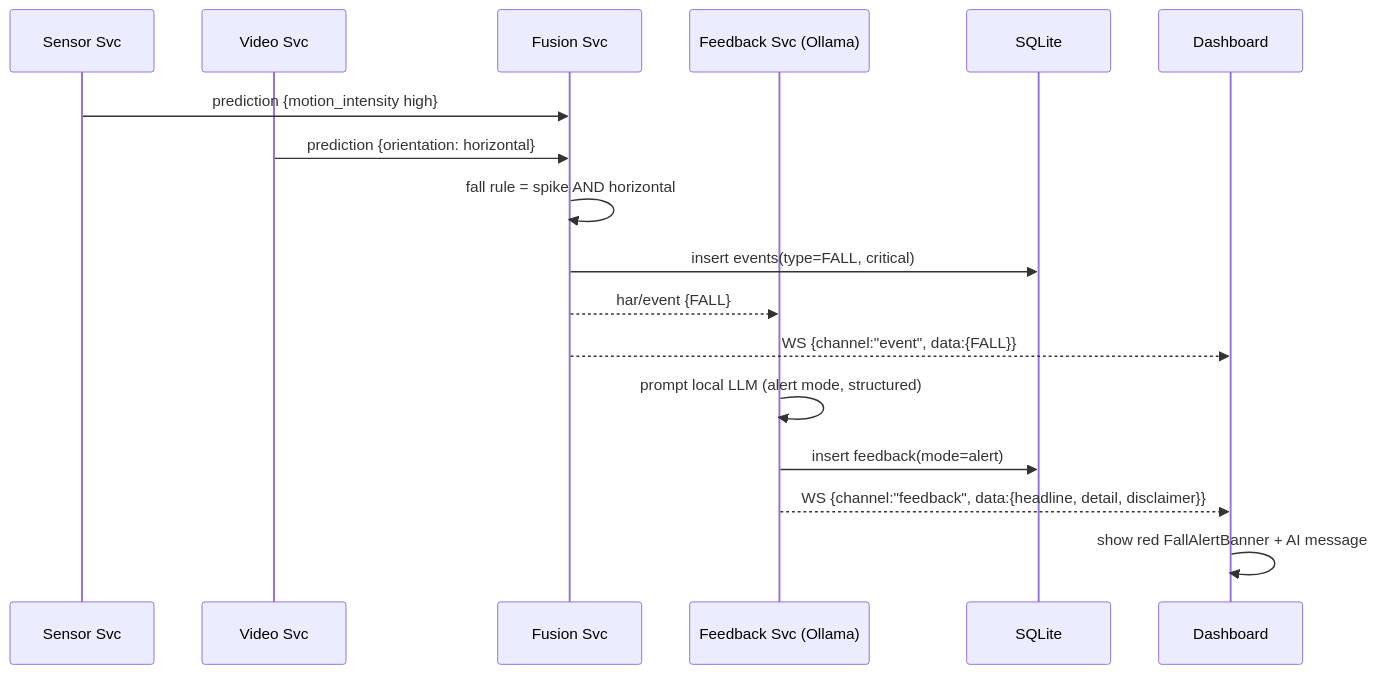
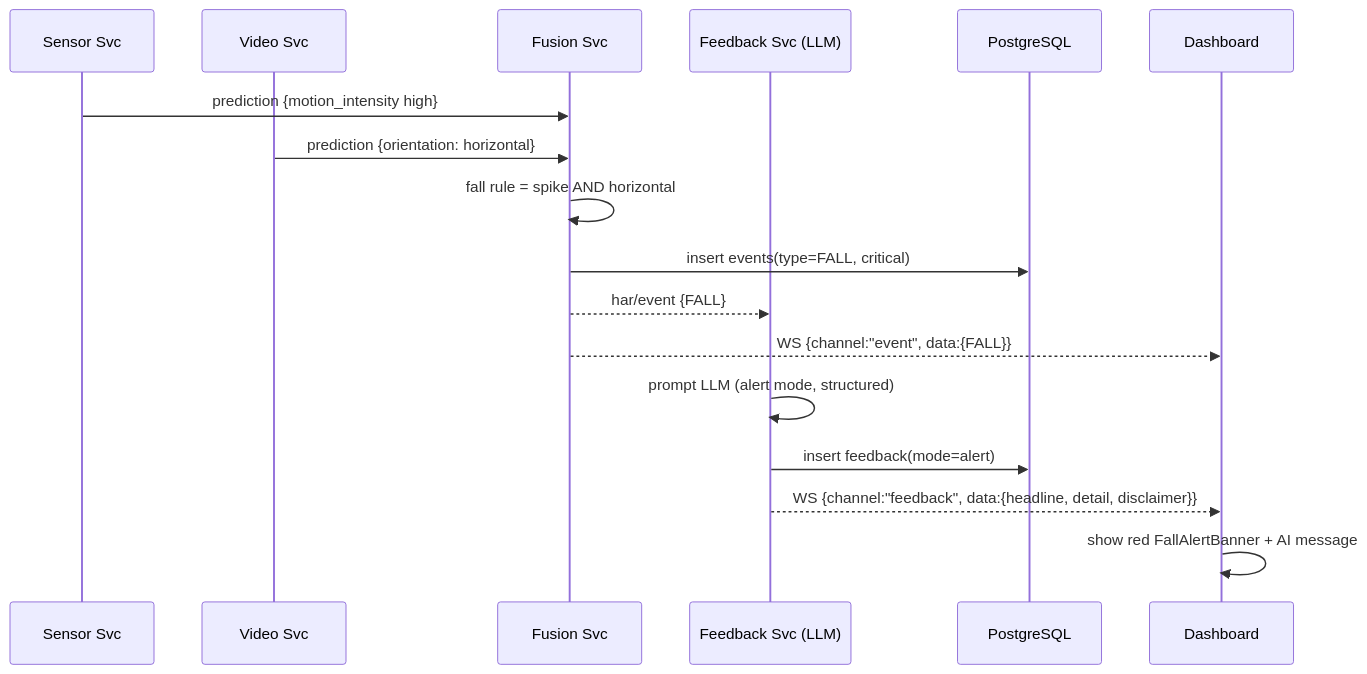
One commit to ankitraj20616/HAR-System changed the third of 3 diagrams in core_docs/TECHNICAL_DESIGN.md. Above: the diagram before and after it, drawn with Mermaid. The commit also changed other lines of this file and 2 other files, not shown here.

Commit message:
docs: update architecture and model options

````diff
--- a/core_docs/TECHNICAL_DESIGN.md
+++ b/core_docs/TECHNICAL_DESIGN.md
@@ -455,20 +449,20 @@
 ```mermaid
 sequenceDiagram
     participant SEN as Sensor Svc
     participant VID as Video Svc
     participant FUS as Fusion Svc
-    participant FB as Feedback Svc (Ollama)
-    participant DB as SQLite
+    participant FB as Feedback Svc (LLM)
+    participant DB as PostgreSQL
     participant DASH as Dashboard
 
     SEN->>FUS: prediction {motion_intensity high}
     VID->>FUS: prediction {orientation: horizontal}
     FUS->>FUS: fall rule = spike AND horizontal
     FUS->>DB: insert events(type=FALL, critical)
     FUS-->>FB: har/event {FALL}
     FUS-->>DASH: WS {channel:"event", data:{FALL}}
-    FB->>FB: prompt local LLM (alert mode, structured)
+    FB->>FB: prompt LLM (alert mode, structured)
     FB->>DB: insert feedback(mode=alert)
     FB-->>DASH: WS {channel:"feedback", data:{headline, detail, disclaimer}}
     DASH->>DASH: show red FallAlertBanner + AI message
 ```
````
